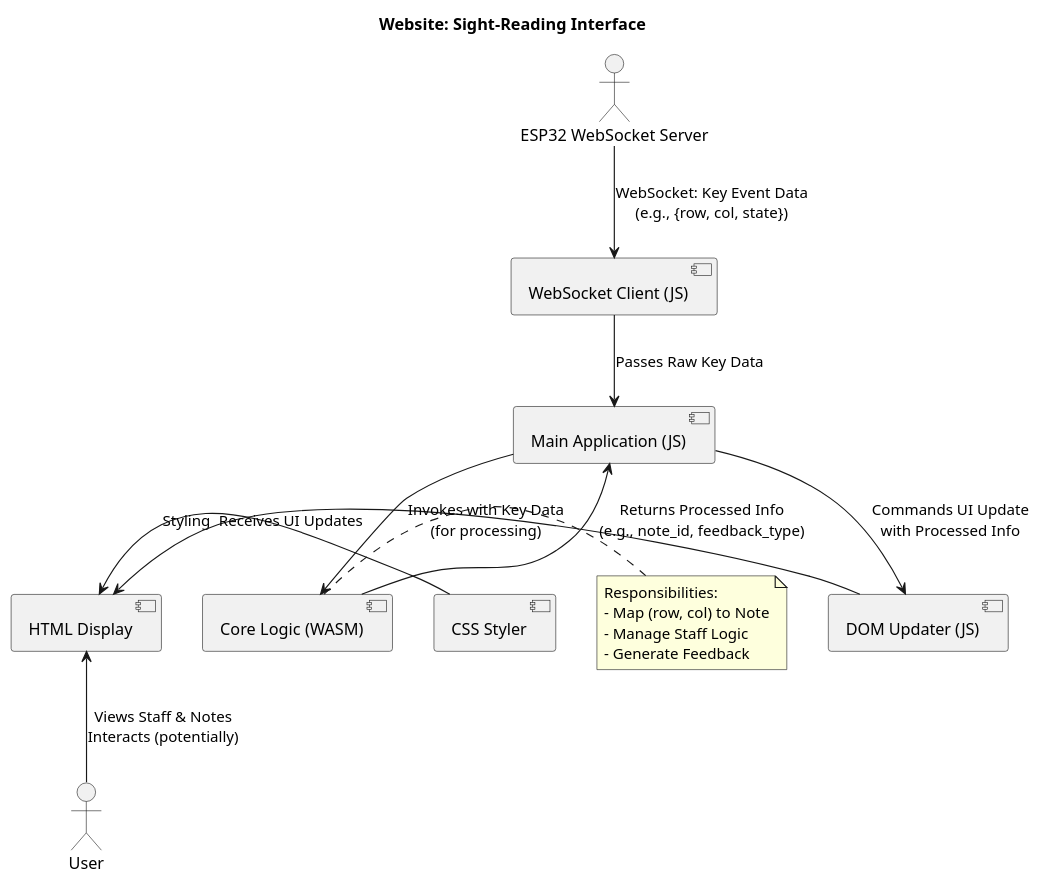
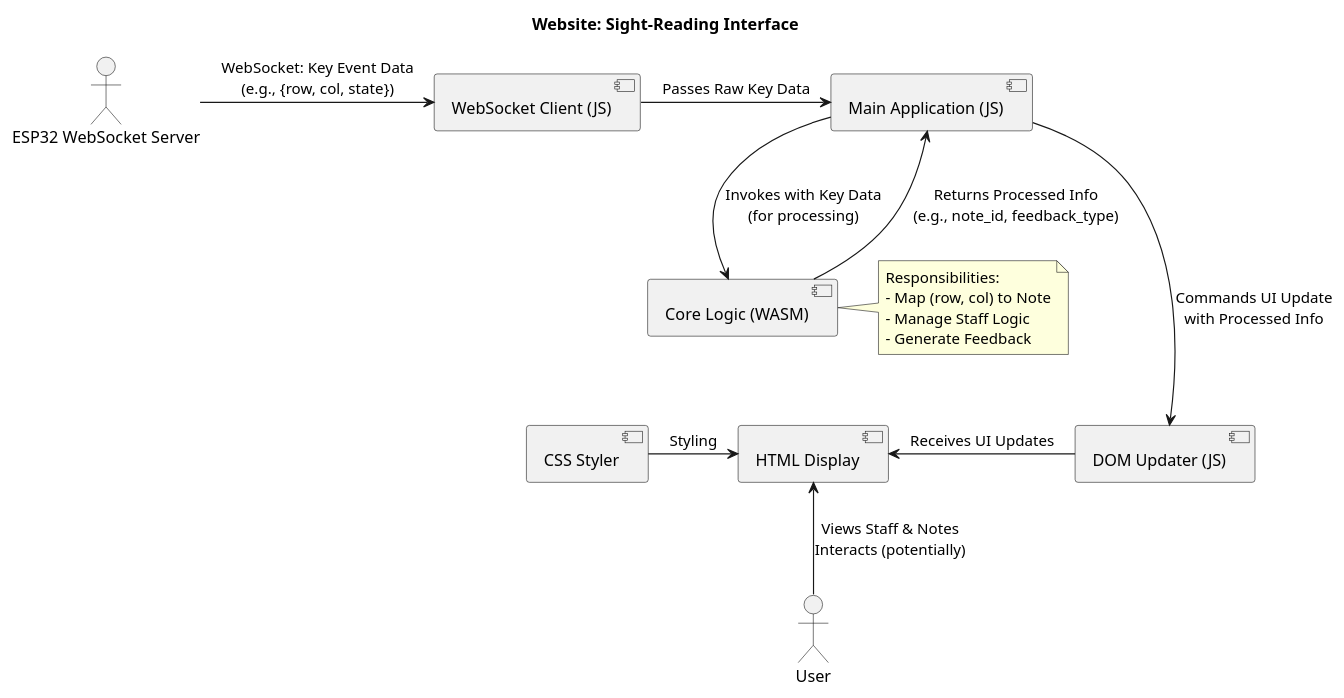
Before and after one commit to vaibhavshirole/piano-reader: the diagram in uml/website_design.puml, drawn with PlantUML. The commit also changed 7 other files, not shown here.

Commit message:
docs: Readme showing design diagrams

```diff
--- a/uml/website_design.puml
+++ b/uml/website_design.puml
@@ -1,35 +1,35 @@
 @startuml Website Design (No Packages)
 
 title Website: Sight-Reading Interface
 
 actor "ESP32 WebSocket Server" as ESP32_Server
 actor User
 
 component "HTML Display" as HTML_Display
 component "CSS Styler" as CSS_Styler
 component "WebSocket Client (JS)" as WS_Client_JS
 component "Main Application (JS)" as App_JS
 component "DOM Updater (JS)" as DOM_Updater_JS
 component "Core Logic (WASM)" as Core_WASM
 
 note right of Core_WASM
   Responsibilities:
   - Map (row, col) to Note
   - Manage Staff Logic
   - Generate Feedback
 end note
 
 ' --- User Interaction & Display ---
 User -up-> HTML_Display : "Views Staff & Notes\nInteracts (potentially)"
-HTML_Display <- CSS_Styler : "Styling"
+HTML_Display <-left- CSS_Styler : "Styling"
 HTML_Display <- DOM_Updater_JS : "Receives UI Updates"
 
 
 ' --- Data Flow & Control ---
-ESP32_Server -down-> WS_Client_JS : "WebSocket: Key Event Data\n(e.g., {row, col, state})"
-WS_Client_JS --> App_JS : "Passes Raw Key Data"
-App_JS --> Core_WASM : "Invokes with Key Data\n(for processing)"
-Core_WASM --> App_JS : "Returns Processed Info\n(e.g., note_id, feedback_type)"
-App_JS --> DOM_Updater_JS : "Commands UI Update\nwith Processed Info"
+ESP32_Server -right-> WS_Client_JS : "WebSocket: Key Event Data\n(e.g., {row, col, state})"
+WS_Client_JS -right-> App_JS : "Passes Raw Key Data"
+App_JS -down-> Core_WASM : "Invokes with Key Data\n(for processing)"
+Core_WASM -down-> App_JS : "Returns Processed Info\n(e.g., note_id, feedback_type)"
+App_JS -down--> DOM_Updater_JS : "Commands UI Update\nwith Processed Info"
 
 @enduml
```
